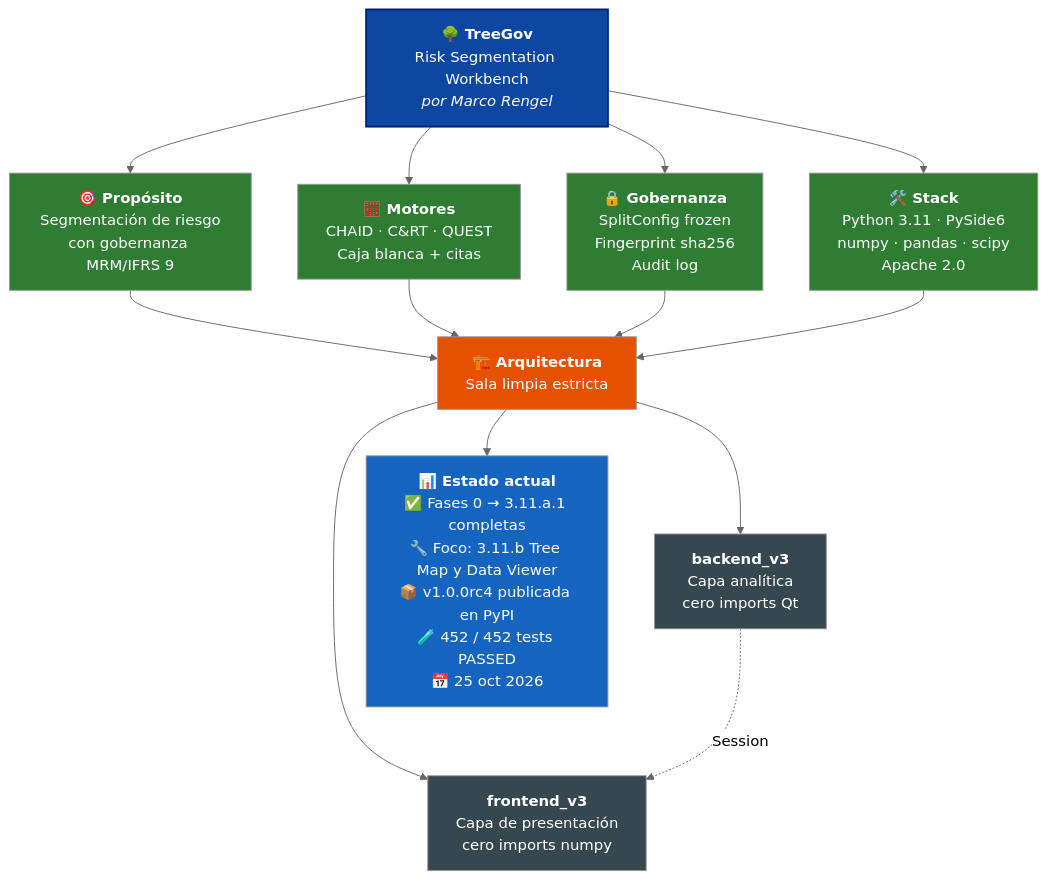
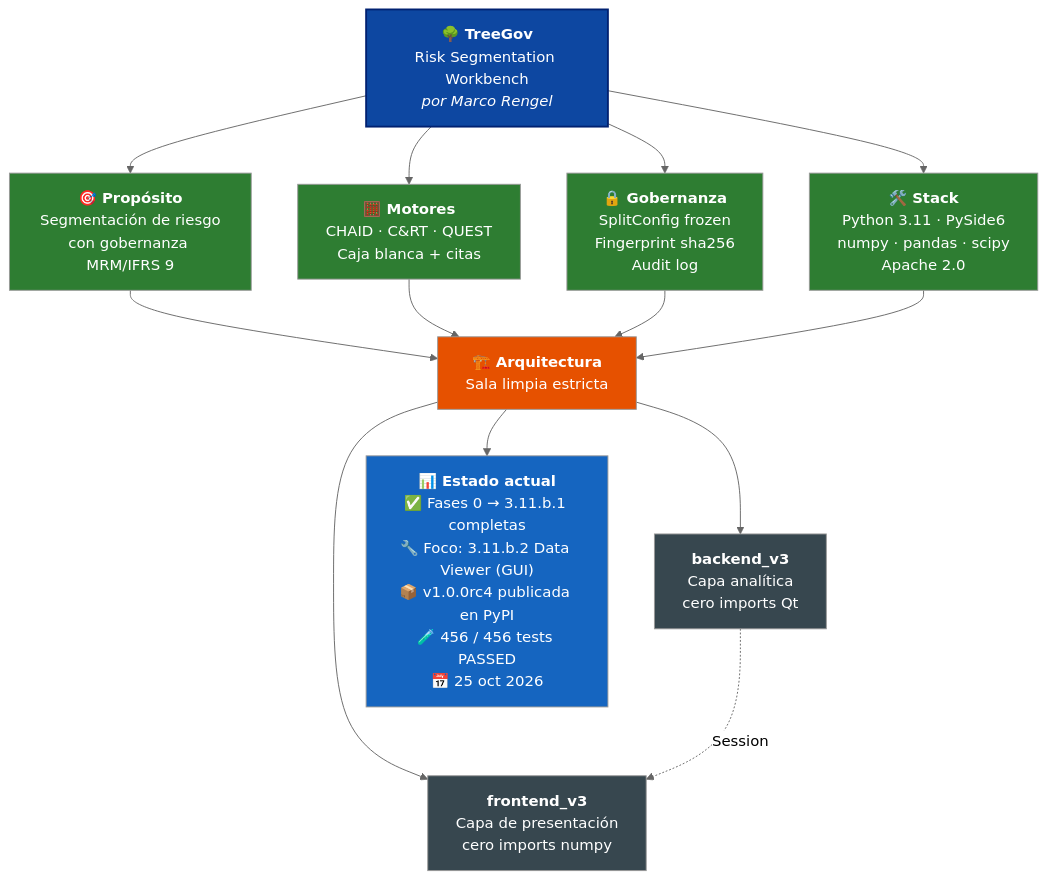
One commit to Marco-Rengel/treegov changed the diagram in README.es.md. Above: the diagram before and after it, drawn with Mermaid (neutral theme). The commit also changed other lines of this file and 8 other files, not shown here.

Commit message:
docs(3.11.b.1): sync 8 documents for Data Viewer backend (456/456)

````diff
--- a/README.es.md
+++ b/README.es.md
@@ -38,31 +38,31 @@
 ```mermaid
 flowchart TB
     TG["<b>🌳 TreeGov</b><br/>Risk Segmentation Workbench<br/><i>por Marco Rengel</i>"]
 
     TG --> P["<b>🎯 Propósito</b><br/>Segmentación de riesgo<br/>con gobernanza MRM/IFRS 9"]
     TG --> M["<b>🧮 Motores</b><br/>CHAID · C&RT · QUEST<br/>Caja blanca + citas"]
     TG --> G["<b>🔒 Gobernanza</b><br/>SplitConfig frozen<br/>Fingerprint sha256<br/>Audit log"]
     TG --> S["<b>🛠️ Stack</b><br/>Python 3.11 · PySide6<br/>numpy · pandas · scipy<br/>Apache 2.0"]
 
     P --> ARQ["<b>🏗️ Arquitectura</b><br/>Sala limpia estricta"]
     M --> ARQ
     G --> ARQ
     S --> ARQ
 
     ARQ --> BE["<b>backend_v3</b><br/>Capa analítica<br/>cero imports Qt"]
     ARQ --> FE["<b>frontend_v3</b><br/>Capa de presentación<br/>cero imports numpy"]
 
     BE -.->|Session| FE
 
-    ARQ --> ST["<b>📊 Estado actual</b><br/>✅ Fases 0 → 3.11.a.1 completas<br/>🔧 Foco: 3.11.b Tree Map y Data Viewer<br/>📦 v1.0.0rc4 publicada en PyPI<br/>🧪 452 / 452 tests PASSED<br/>📅 25 oct 2026"]
+    ARQ --> ST["<b>📊 Estado actual</b><br/>✅ Fases 0 → 3.11.b.1 completas<br/>🔧 Foco: 3.11.b.2 Data Viewer (GUI)<br/>📦 v1.0.0rc4 publicada en PyPI<br/>🧪 456 / 456 tests PASSED<br/>📅 25 oct 2026"]
 
     style TG fill:#0D47A1,color:#fff,stroke:#002171,stroke-width:2px
     style P fill:#2E7D32,color:#fff
     style M fill:#2E7D32,color:#fff
     style G fill:#2E7D32,color:#fff
     style S fill:#2E7D32,color:#fff
     style ARQ fill:#E65100,color:#fff
     style BE fill:#37474F,color:#fff
     style FE fill:#37474F,color:#fff
     style ST fill:#1565C0,color:#fff
 ```
````
